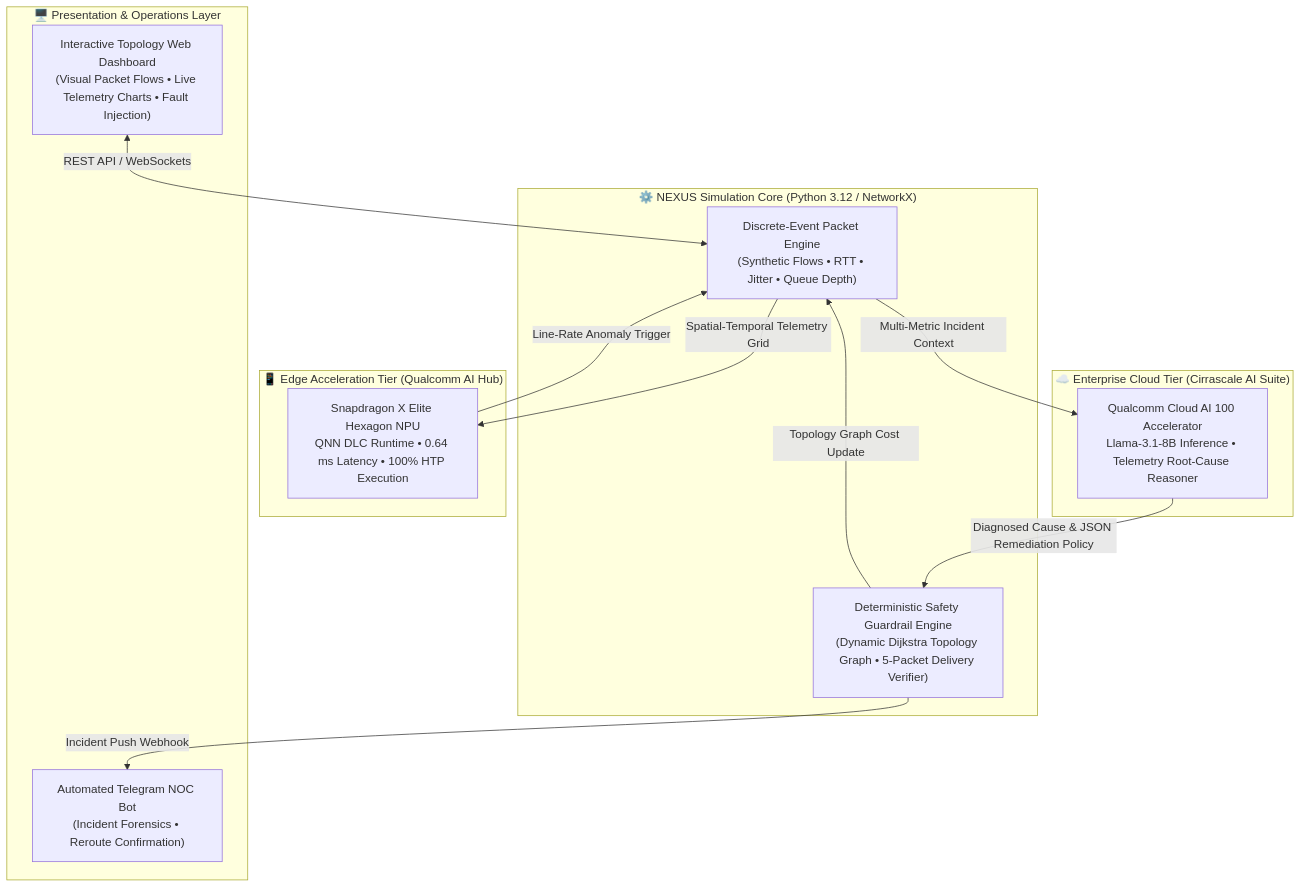
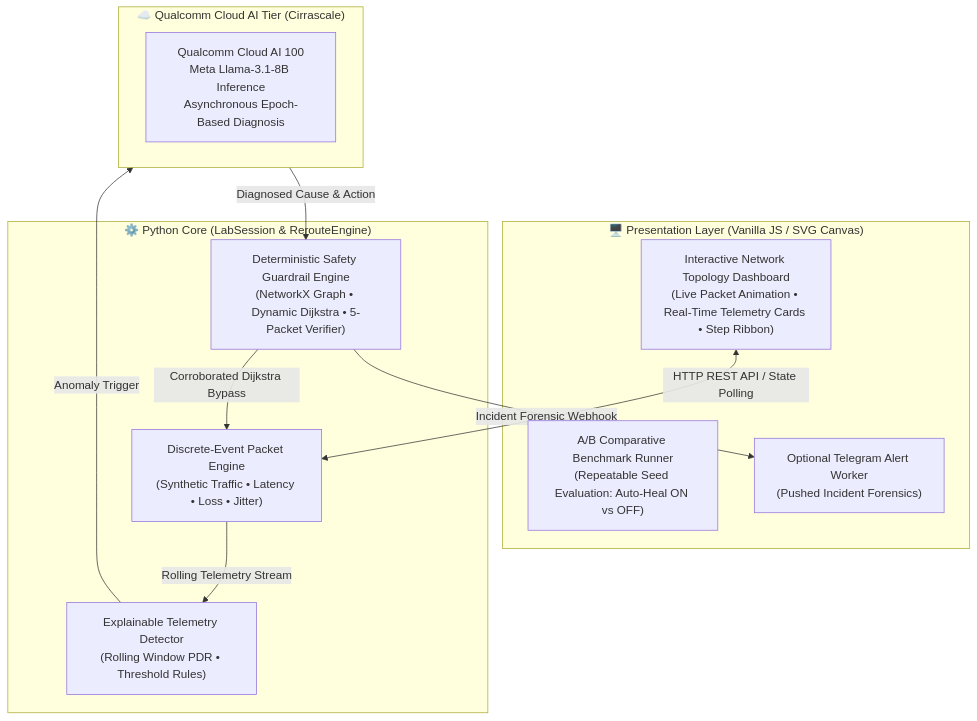
One commit to Reya-Doshi/Nexus changed the first of 2 diagrams in README.md. Above: the diagram before and after it, drawn with Mermaid. The commit also changed other lines of this file and 6 other files, not shown here.

````diff
--- a/README.md
+++ b/README.md
@@ -59,28 +34,25 @@
 ```mermaid
 flowchart TB
-    subgraph UI ["🖥️ Presentation & Operations Layer"]
-        DASH["Interactive Topology Web Dashboard<br/>(Visual Packet Flows • Live Telemetry Charts • Fault Injection)"]
-        TG["Automated Telegram NOC Bot<br/>(Incident Forensics • Reroute Confirmation)"]
+    subgraph UI ["🖥️ Presentation Layer (Vanilla JS / SVG Canvas)"]
+        DASH["Interactive Network Topology Dashboard<br/>(Live Packet Animation • Real-Time Telemetry Cards • Step Ribbon)"]
+        COMP["A/B Comparative Benchmark Runner<br/>(Repeatable Seed Evaluation: Auto-Heal ON vs OFF)"]
+        TG["Optional Telegram Alert Worker<br/>(Pushed Incident Forensics)"]
     end
 
-    subgraph ENGINE ["⚙️ NEXUS Simulation Core (Python 3.12 / NetworkX)"]
-        SIM["Discrete-Event Packet Engine<br/>(Synthetic Flows • RTT • Jitter • Queue Depth)"]
-        GUARD["Deterministic Safety Guardrail Engine<br/>(Dynamic Dijkstra Topology Graph • 5-Packet Delivery Verifier)"]
+    subgraph ENGINE ["⚙️ Python Core (LabSession & RerouteEngine)"]
+        SIM["Discrete-Event Packet Engine<br/>(Synthetic Traffic • Latency • Loss • Jitter)"]
+        DET["Explainable Telemetry Detector<br/>(Rolling Window PDR • Threshold Rules)"]
+        GUARD["Deterministic Safety Guardrail Engine<br/>(NetworkX Graph • Dynamic Dijkstra • 5-Packet Verifier)"]
     end
 
-    subgraph QUALCOMM_EDGE ["📱 Edge Acceleration Tier (Qualcomm AI Hub)"]
-        NPU["Snapdragon X Elite Hexagon NPU<br/>QNN DLC Runtime • 0.64 ms Latency • 100% HTP Execution"]
+    subgraph AI ["☁️ Qualcomm Cloud AI Tier (Cirrascale)"]
+        QCLOUD["Qualcomm Cloud AI 100<br/>Meta Llama-3.1-8B Inference<br/>Asynchronous Epoch-Based Diagnosis"]
     end
 
-    subgraph QUALCOMM_CLOUD ["☁️ Enterprise Cloud Tier (Cirrascale AI Suite)"]
-        QCLOUD["Qualcomm Cloud AI 100 Accelerator<br/>Llama-3.1-8B Inference • Telemetry Root-Cause Reasoner"]
-    end
-
-    DASH <-->|"REST API / WebSockets"| SIM
-    SIM -->|"Spatial-Temporal Telemetry Grid"| NPU
-    NPU -->|"Line-Rate Anomaly Trigger"| SIM
-    SIM -->|"Multi-Metric Incident Context"| QCLOUD
-    QCLOUD -->|"Diagnosed Cause & JSON Remediation Policy"| GUARD
-    GUARD -->|"Topology Graph Cost Update"| SIM
-    GUARD -->|"Incident Push Webhook"| TG
+    DASH <-->|"HTTP REST API / State Polling"| SIM
+    SIM -->|"Rolling Telemetry Stream"| DET
+    DET -->|"Anomaly Trigger"| AI
+    AI -->|"Diagnosed Cause & Action"| GUARD
+    GUARD -->|"Corroborated Dijkstra Bypass"| SIM
+    GUARD -->|"Incident Forensic Webhook"| TG
 ```
````
